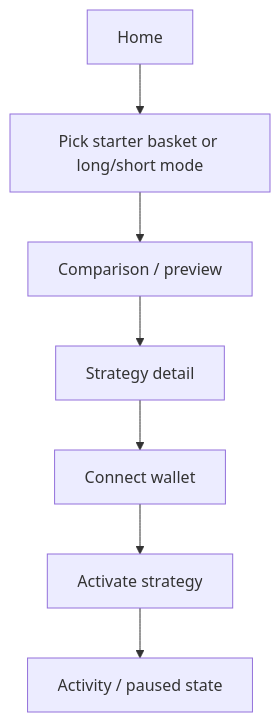
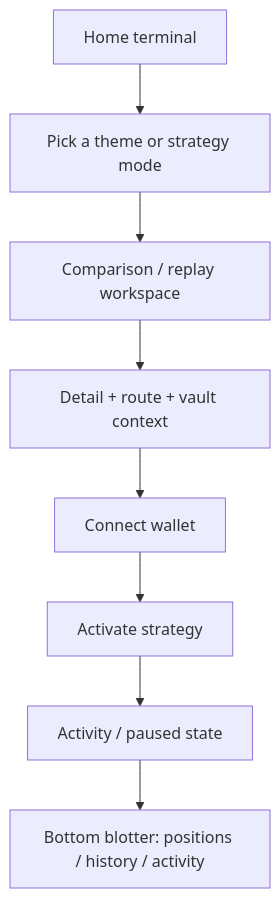
One commit to twentyOne2x/xstocks-strategy-lab changed the third of 3 diagrams in docs/DIAGRAMS.md. Above: the diagram before and after it, drawn with Mermaid. The commit also changed other lines of this file and 14 other files, not shown here.

````diff
--- a/docs/DIAGRAMS.md
+++ b/docs/DIAGRAMS.md
@@ -35,9 +37,10 @@
 ```mermaid
 flowchart TD
-    A["Home"] --> B["Pick starter basket or long/short mode"]
-    B --> C["Comparison / preview"]
-    C --> D["Strategy detail"]
+    A["Home terminal"] --> B["Pick a theme or strategy mode"]
+    B --> C["Comparison / replay workspace"]
+    C --> D["Detail + route + vault context"]
     D --> E["Connect wallet"]
     E --> F["Activate strategy"]
     F --> G["Activity / paused state"]
+    G --> H["Bottom blotter: positions / history / activity"]
 ```
````
